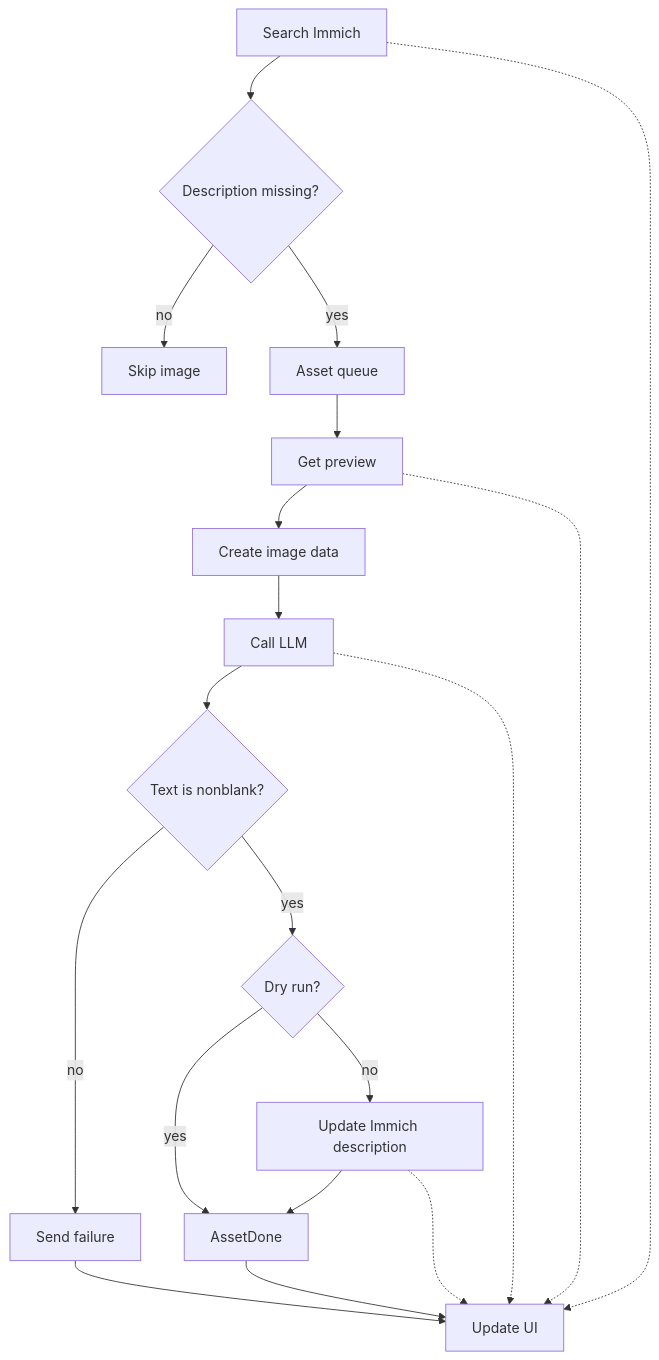
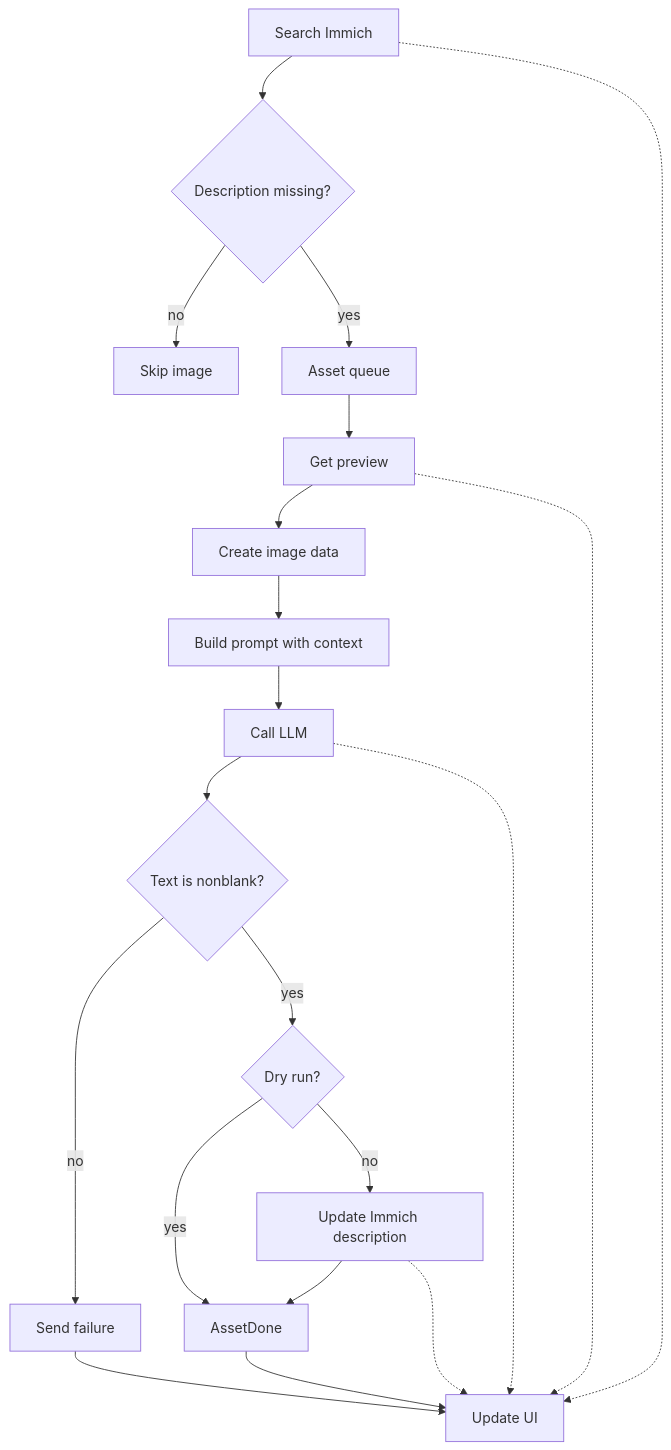
The fourth of 4 diagrams in ARCHITECTURE.md (brunojppb/immich-alt-text), drawn with Mermaid before and after one commit. The commit also changed other lines of this file and 19 other files, not shown here.

````diff
--- a/ARCHITECTURE.md
+++ b/ARCHITECTURE.md
@@ -243,35 +244,37 @@
 ```mermaid
 flowchart TD
     Search[Search Immich]
     Filter{Description missing?}
     Queue[Asset queue]
     Preview[Get preview]
     Encode[Create image data]
+    Prompt[Build prompt with context]
     Complete[Call LLM]
     Text{Text is nonblank?}
     DryRun{Dry run?}
     Write[Update Immich description]
     Done[AssetDone]
     Skip[Skip image]
     Fail[Send failure]
     UI[Update UI]
 
     Search --> Filter
     Filter -->|no| Skip
     Filter -->|yes| Queue
     Queue --> Preview
     Preview --> Encode
-    Encode --> Complete
+    Encode --> Prompt
+    Prompt --> Complete
     Complete --> Text
     Text -->|no| Fail
     Text -->|yes| DryRun
     DryRun -->|yes| Done
     DryRun -->|no| Write
     Write --> Done
     Search -.-> UI
     Preview -.-> UI
     Complete -.-> UI
     Write -.-> UI
     Done --> UI
     Fail --> UI
 ```
````
